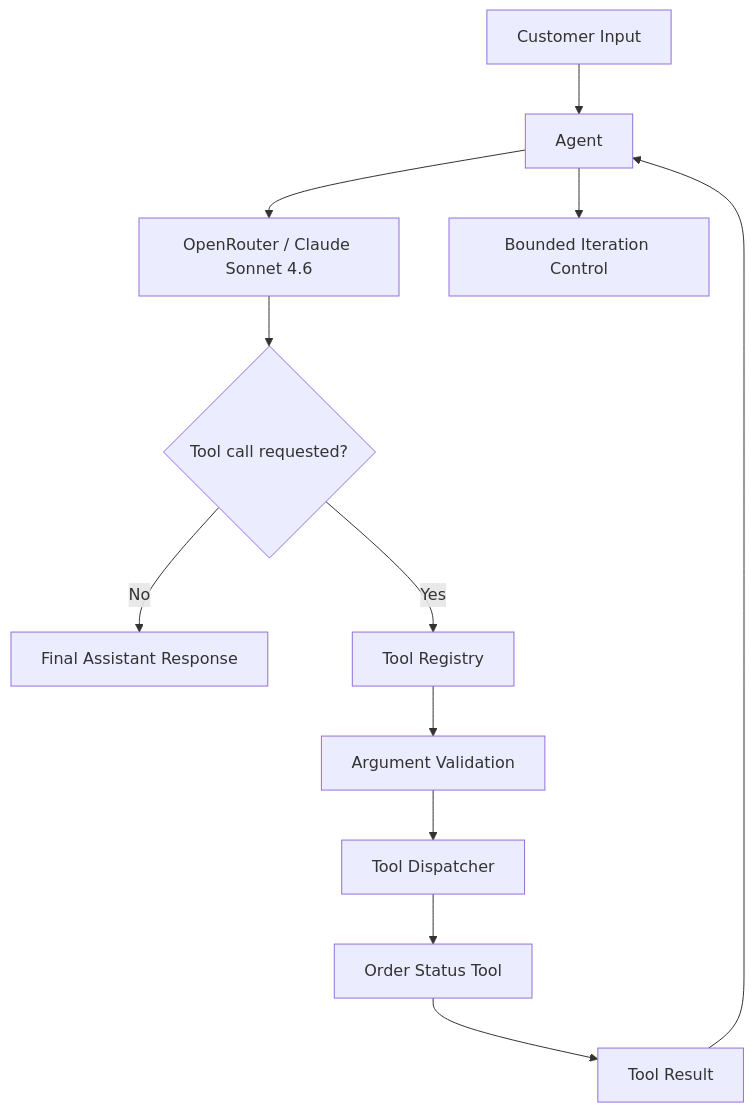
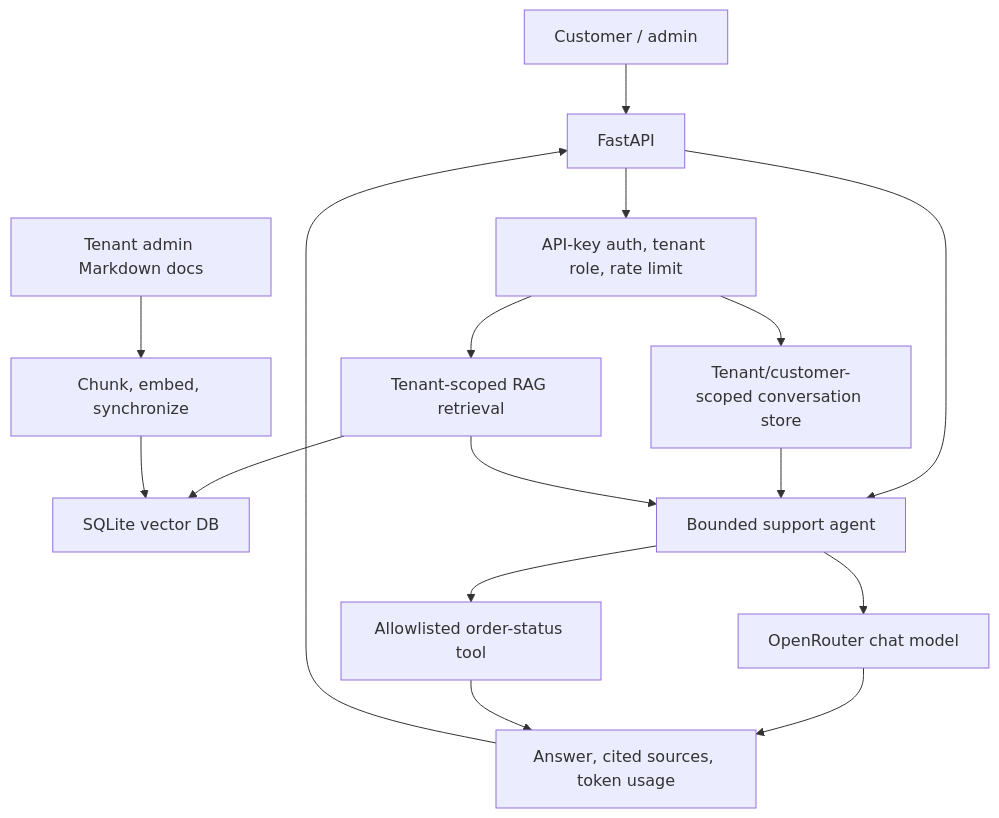
One commit to ali3dev/agentic-customer-support changed the diagram in README.md. Above: the diagram before and after it, drawn with Mermaid. The commit also changed other lines of this file and 51 other files, not shown here.

Commit message:
feat: build multi-tenant agentic customer support platform

````diff
--- a/README.md
+++ b/README.md
@@ -57,14 +21,18 @@
 ```mermaid
 flowchart TD
-    A["Customer Input"] --> B["Agent"]
-    B --> C["OpenRouter / Claude Sonnet 4.6"]
-    C --> D{"Tool call requested?"}
-    D -->|No| E["Final Assistant Response"]
-    D -->|Yes| F["Tool Registry"]
-    F --> G["Argument Validation"]
-    G --> H["Tool Dispatcher"]
-    H --> I["Order Status Tool"]
-    I --> J["Tool Result"]
-    J --> B
-    B --> K["Bounded Iteration Control"]
+    U["Customer / admin"] --> API["FastAPI"]
+    API --> AUTH["API-key auth, tenant role, rate limit"]
+    AUTH --> CONV["Tenant/customer-scoped conversation store"]
+    AUTH --> RET["Tenant-scoped RAG retrieval"]
+    RET --> VDB["SQLite vector DB"]
+    KB["Tenant admin Markdown docs"] --> ING["Chunk, embed, synchronize"]
+    ING --> VDB
+    API --> AGENT["Bounded support agent"]
+    CONV --> AGENT
+    RET --> AGENT
+    AGENT --> LLM["OpenRouter chat model"]
+    AGENT --> TOOL["Allowlisted order-status tool"]
+    LLM --> OUT["Answer, cited sources, token usage"]
+    TOOL --> OUT
+    OUT --> API
 ```
````
